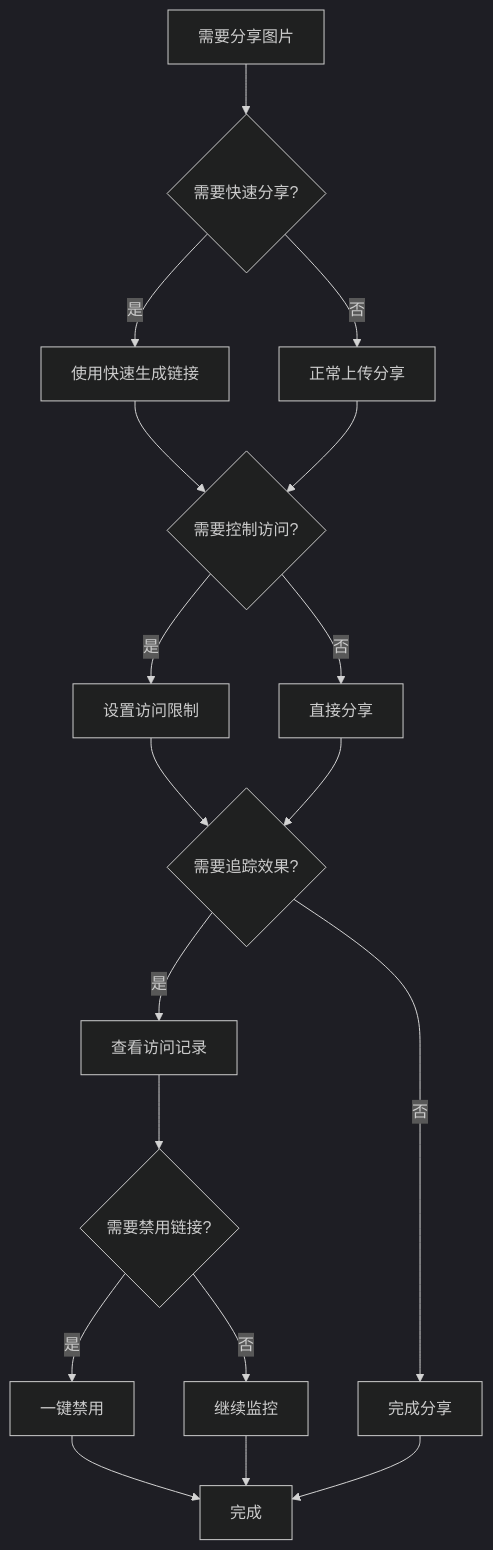
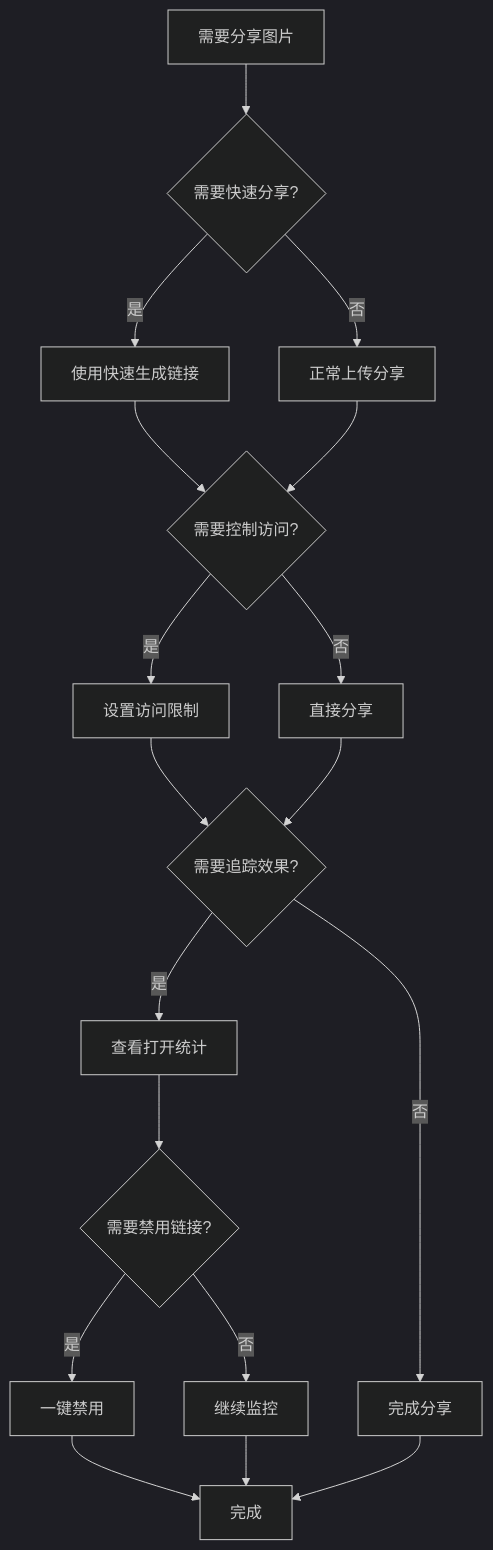
Diagram 11 of 14 in src/content/blog/cn/maiimg-complete-workflow-guide-with-diagrams.md (mythenigma/cloudflareAstro), drawn with Mermaid (dark theme) before and after one commit. The commit also changed other lines of this file and 353 other files, not shown here.

````diff
--- a/src/content/blog/cn/maiimg-complete-workflow-guide-with-diagrams.md
+++ b/src/content/blog/cn/maiimg-complete-workflow-guide-with-diagrams.md
@@ -368,20 +368,20 @@
 ```mermaid
 graph TD
     A[需要分享图片] --> B{需要快速分享?}
     B -->|是| C[使用快速生成链接]
     B -->|否| D[正常上传分享]
     C --> E{需要控制访问?}
     D --> E
     E -->|是| F[设置访问限制]
     E -->|否| G[直接分享]
     F --> H{需要追踪效果?}
     G --> H
-    H -->|是| I[查看访问记录]
+    H -->|是| I[查看打开统计]
     H -->|否| J[完成分享]
     I --> K{需要禁用链接?}
     K -->|是| L[一键禁用]
     K -->|否| M[继续监控]
     L --> N[完成]
     M --> N
     J --> N
 ```
````
